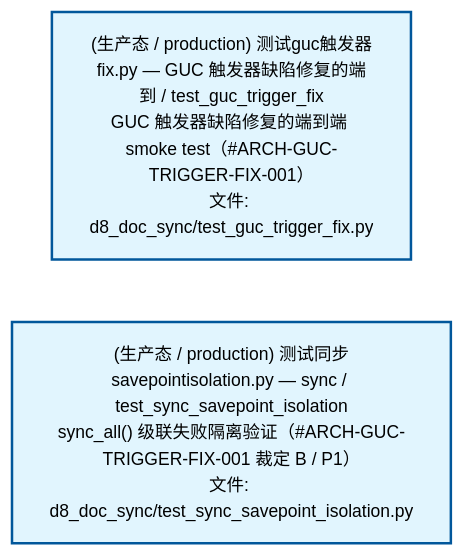
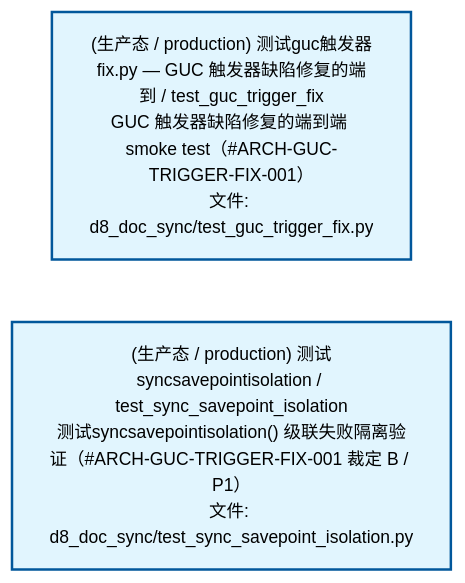
Before and after one commit to xuanFelixVan/ZephyrAlpha: the second of 4 diagrams in docs/02_enterprise_architecture/02_domain_architecture_docs/51_d_gov_docs.md, drawn with Mermaid. The commit also changed other lines of this file and 50 other files, not shown here.

````diff
--- a/docs/02_enterprise_architecture/02_domain_architecture_docs/51_d_gov_docs.md
+++ b/docs/02_enterprise_architecture/02_domain_architecture_docs/51_d_gov_docs.md
@@ -119,12 +119,12 @@
 ```mermaid
 %%{init: {'theme': 'base', 'themeVariables': {'primaryColor': '#eaeaea', 'primaryTextColor': '#333333', 'primaryBorderColor': '#666666', 'lineColor': '#666666', 'secondaryColor': '#eaeaea', 'tertiaryColor': '#eaeaea', 'fontSize': '14px'}}}%%
 flowchart TD
     tests_governance_d8_doc_sync_test_guc_trigger_fix_py["(生产态 / production) 测试guc触发器fix.py — GUC 触发器缺陷修复的端到 / test_guc_trigger_fix<br/>GUC 触发器缺陷修复的端到端 smoke test（#ARCH-GUC-TRIGGER-FIX-001）<br/>文件: d8_doc_sync/test_guc_trigger_fix.py"]
-    tests_governance_d8_doc_sync_test_sync_savepoint_isolation_py["(生产态 / production) 测试同步savepointisolation.py — sync / test_sync_savepoint_isolation<br/>sync_all() 级联失败隔离验证（#ARCH-GUC-TRIGGER-FIX-001 裁定 B / P1）<br/>文件: d8_doc_sync/test_sync_savepoint_isolation.py"]
+    tests_governance_d8_doc_sync_test_sync_savepoint_isolation_py["(生产态 / production) 测试syncsavepointisolation / test_sync_savepoint_isolation<br/>测试syncsavepointisolation() 级联失败隔离验证（#ARCH-GUC-TRIGGER-FIX-001 裁定 B / P1）<br/>文件: d8_doc_sync/test_sync_savepoint_isolation.py"]
     tests_governance_d8_doc_sync_test_guc_trigger_fix_py ~~~ tests_governance_d8_doc_sync_test_sync_savepoint_isolation_py
     classDef production fill:#e1f5fe,stroke:#01579b,stroke-width:2px,color:#000
     classDef design fill:#fff3e0,stroke:#e65100,stroke-width:2px,color:#000,stroke-dasharray: 5 5
     classDef external_prod fill:#e8f4fd,stroke:#0277bd,stroke-width:1px,color:#000
     classDef external_design fill:#fff8e7,stroke:#ef6c00,stroke-width:1px,color:#000,stroke-dasharray: 5 5
     class tests_governance_d8_doc_sync_test_guc_trigger_fix_py,tests_governance_d8_doc_sync_test_sync_savepoint_isolation_py production
 ```
````
